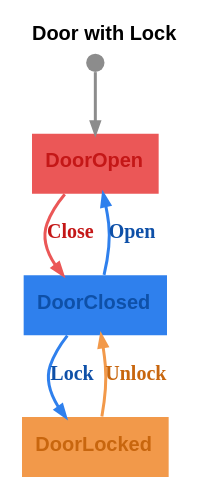
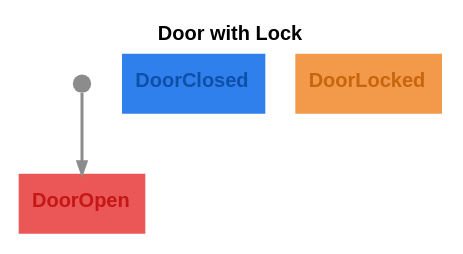
The diagram in graphs/door-with-lock.dot (m-bock/purescript-transit), drawn with Graphviz before and after one commit. The commit also changed 17 other files, not shown here.

```diff
--- a/graphs/door-with-lock.dot
+++ b/graphs/door-with-lock.dot
@@ -1,13 +1,9 @@
 digraph 
 {
 rankdir = "TD";fontname = "Arial";label = <<b>Door with Lock</b>>;labelloc = "t";fontsize = 12
 DoorOpen [shape = "box", label = <<b>DoorOpen</b>>, fontsize = 12, style = "filled", fillcolor = "#eb5757", fontcolor = "#c41717", fontname = "Arial", labelloc = "c", penwidth = 0.0]
 __Start__ [shape = "circle", label = "", width = 0.15, height = 0.15, fixedsize = true, style = "filled", fillcolor = "#8c8c8c", penwidth = 0.0]
 __Start__ -> DoorOpen [color = "#8c8c8c", fontsize = 12, arrowsize = "0.7", penwidth = 1.8]
-DoorOpen -> DoorClosed [color = "#eb5757", fontcolor = "#c41717", fontsize = 12, arrowsize = "0.7", label = <<b>Close</b>>, penwidth = 1.8]
 DoorClosed [shape = "box", label = <<b>DoorClosed</b>>, fontsize = 12, style = "filled", fillcolor = "#2f80ed", fontcolor = "#0e50a8", fontname = "Arial", labelloc = "c", penwidth = 0.0]
-DoorClosed -> DoorLocked [color = "#2f80ed", fontcolor = "#0e50a8", fontsize = 12, arrowsize = "0.7", label = <<b>Lock</b>>, penwidth = 1.8]
-DoorClosed -> DoorOpen [color = "#2f80ed", fontcolor = "#0e50a8", fontsize = 12, arrowsize = "0.7", label = <<b>Open</b>>, penwidth = 1.8]
 DoorLocked [shape = "box", label = <<b>DoorLocked</b>>, fontsize = 12, style = "filled", fillcolor = "#f2994a", fontcolor = "#c8660e", fontname = "Arial", labelloc = "c", penwidth = 0.0]
-DoorLocked -> DoorClosed [color = "#f2994a", fontcolor = "#c8660e", fontsize = 12, arrowsize = "0.7", label = <<b>Unlock</b>>, penwidth = 1.8]
 }
```
